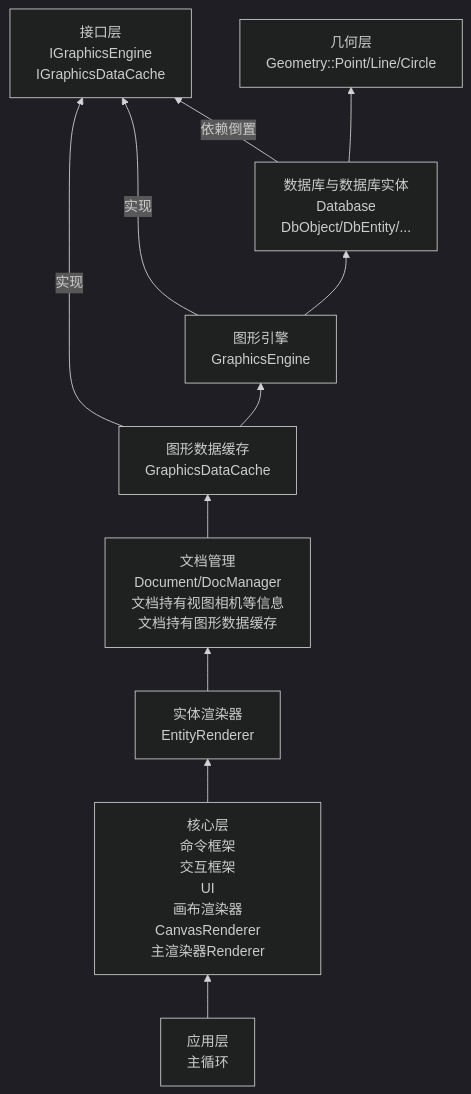
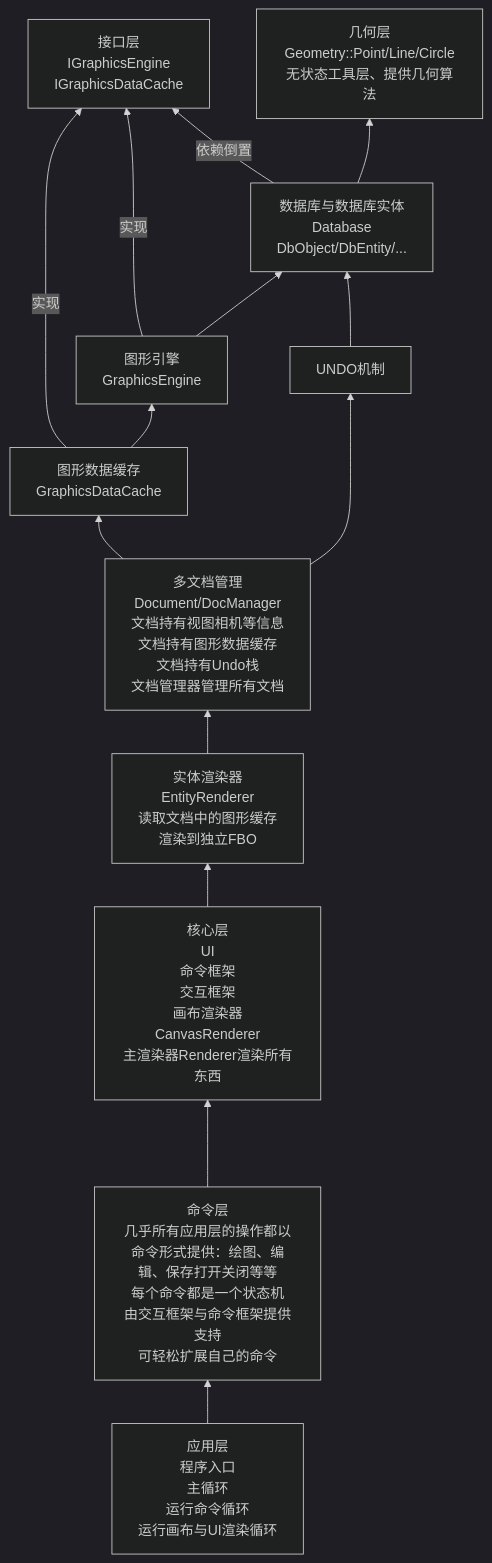
The diagram in Docs/CoreDesign.md (tch0/CadToy), drawn with Mermaid (dark theme) before and after one commit. The commit also changed other lines of this file and 21 other files, not shown here.

````diff
--- a/Docs/CoreDesign.md
+++ b/Docs/CoreDesign.md
@@ -42,24 +42,29 @@
 ```mermaid
 graph BT
-    GEO[几何层<br/>Geometry::Point/Line/Circle]
+    GEO[几何层<br/>Geometry::Point/Line/Circle<br/>无状态工具层、提供几何算法]
     INTERFACE[接口层<br/>IGraphicsEngine<br/>IGraphicsDataCache]
     DB[数据库与数据库实体<br/>Database<br/>DbObject/DbEntity/...]
-    DOC[文档管理<br/>Document/DocManager<br/>文档持有视图相机等信息<br/>文档持有图形数据缓存]
     GE[图形引擎<br/>GraphicsEngine]
     GECACHE[图形数据缓存<br/>GraphicsDataCache]
-    RENDER[实体渲染器<br/>EntityRenderer]
-    CORE[核心层<br/>命令框架<br/>交互框架<br/>UI<br/>画布渲染器CanvasRenderer<br/>主渲染器Renderer]
-    APP[应用层<br/>主循环]
+    UNDO[UNDO机制]
+    DOC[多文档管理<br/>Document/DocManager<br/>文档持有视图相机等信息<br/>文档持有图形数据缓存<br/>文档持有Undo栈<br/>文档管理器管理所有文档]
+    RENDER[实体渲染器<br/>EntityRenderer<br/>读取文档中的图形缓存<br/>渲染到独立FBO]
+    CORE[核心层<br/>UI<br/>命令框架<br/>交互框架<br/>画布渲染器CanvasRenderer<br/>主渲染器Renderer渲染所有东西]
+    COMMAND[命令层<br/>几乎所有应用层的操作都以命令形式提供：绘图、编辑、保存打开关闭等等<br/>每个命令都是一个状态机<br/>由交互框架与命令框架提供支持<br/>可轻松扩展自己的命令]
+    APP[应用层<br/>程序入口<br/>主循环<br/>运行命令循环<br/>运行画布与UI渲染循环]
 
     
     DB -- 依赖倒置 --> INTERFACE
     DB --> GEO
     GE -- 实现 --> INTERFACE
     GECACHE -- 实现 --> INTERFACE
     GE --> DB
     GECACHE --> GE
+    UNDO --> DB
     DOC --> GECACHE
+    DOC --> UNDO
     RENDER --> DOC
     CORE --> RENDER
-    APP --> CORE
+    COMMAND ---> CORE
+    APP --> COMMAND
 ```
````
